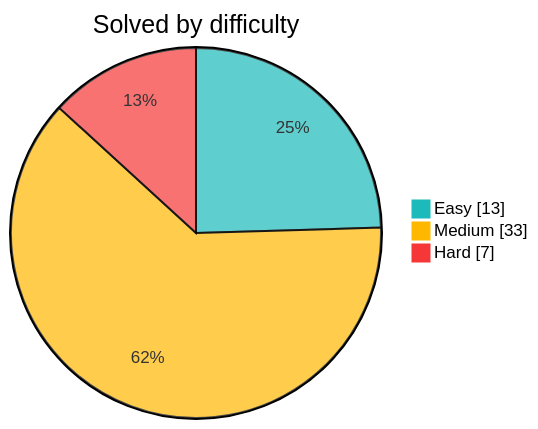
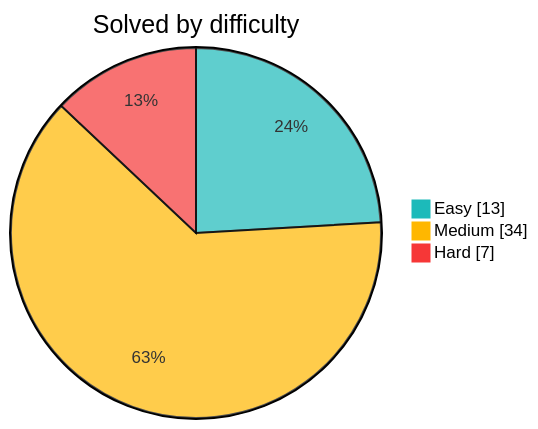
The diagram in README.md (Sekler09/algorithms), drawn with Mermaid before and after one commit. The commit also changed other lines of this file and 3 other files, not shown here.

````diff
--- a/README.md
+++ b/README.md
@@ -9,8 +9,8 @@
 ```mermaid
 %%{init: {"themeVariables": {"pie1": "#1cbaba", "pie2": "#ffb700", "pie3": "#f63737"}}}%%
 pie showData
     title Solved by difficulty
     "Easy" : 13
-    "Medium" : 33
+    "Medium" : 34
     "Hard" : 7
 ```
````
